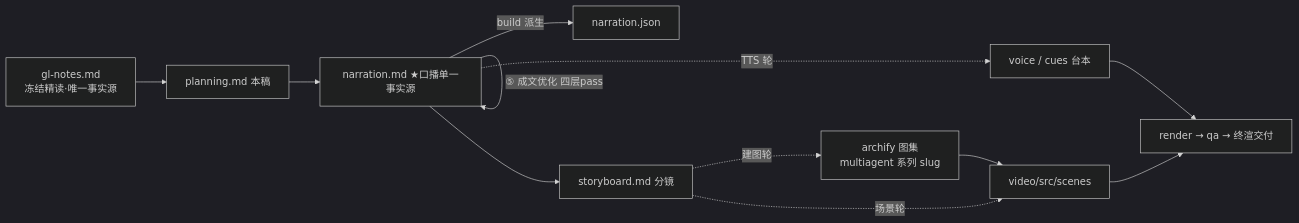
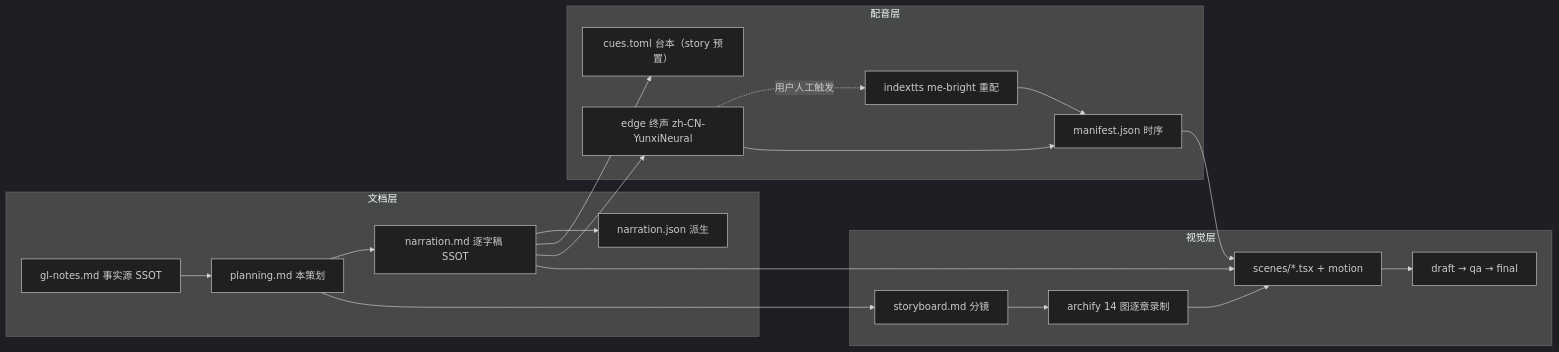
The diagram in apps/negentropy-influence/episodes/claude-code-multiagent-video/script/planning.md (ThreeFish-AI/negentropy), drawn with Mermaid (dark theme) before and after one commit. The commit also changed other lines of this file and 209 other files, not shown here.

````diff
--- a/apps/negentropy-influence/episodes/claude-code-multiagent-video/script/planning.md
+++ b/apps/negentropy-influence/episodes/claude-code-multiagent-video/script/planning.md
@@ -79,15 +124,23 @@
 ```mermaid
 flowchart LR
-    A[gl-notes.md<br/>冻结精读·唯一事实源] --> B[planning.md 本稿]
-    B --> C[narration.md ★口播单一事实源]
-    C -->|build 派生| C2[narration.json]
-    C -->|④ 真实性+易懂性| C
-    C -->|⑤ 成文优化 四层pass| C
-    C --> D[storyboard.md 分镜]
-    D -.->|场景轮| E[video/src/scenes]
-    D -.->|建图轮| F[archify 图集<br/>multiagent 系列 slug]
-    C -.->|TTS 轮| G[voice / cues 台本]
-    E --> H[render → qa → 终渲交付]
-    F --> E
-    G --> H
+    subgraph 文档层
+        A[gl-notes.md 事实源 SSOT] --> B[planning.md 本策划]
+        B --> C[narration.md 逐字稿 SSOT]
+        C --> D[narration.json 派生]
+    end
+    subgraph 配音层
+        C --> E[cues.toml 台本（story 预置）]
+        C --> F[edge 终声 zh-CN-YunxiNeural]
+        F -.用户人工触发.-> F2[indextts me-bright 重配]
+        F --> G[manifest.json 时序]
+        F2 --> G
+    end
+    subgraph 视觉层
+        B --> H[storyboard.md 分镜]
+        H --> I[archify 14 图逐章录制]
+        C --> J[scenes/*.tsx + motion]
+        G --> J
+        I --> J
+        J --> K[draft → qa → final]
+    end
 ```
````
